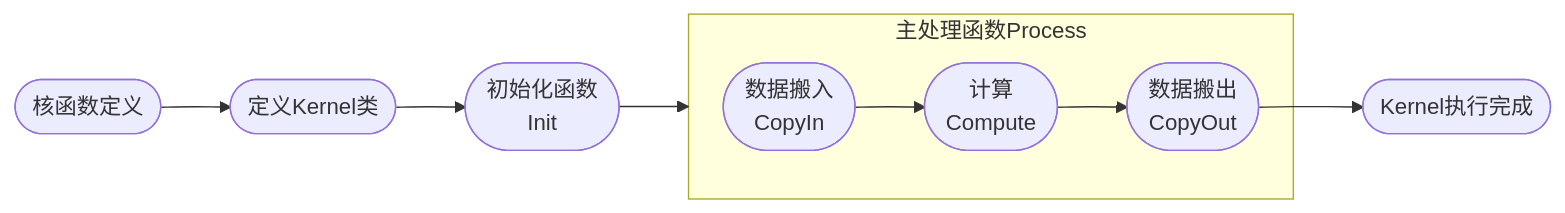
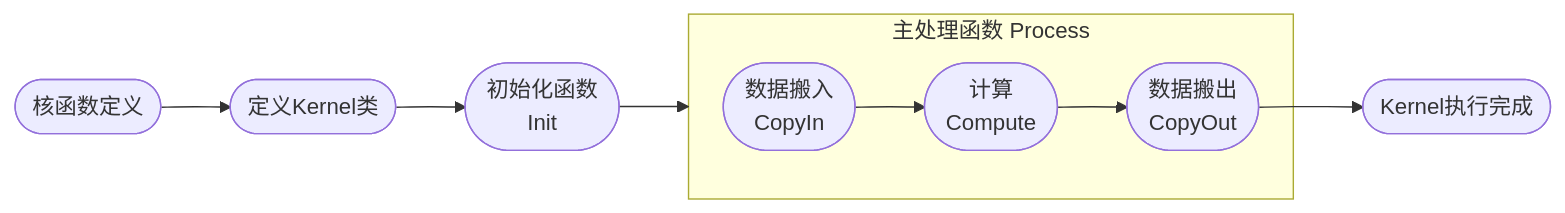
The diagram in docs/zh/develop/aicore_develop_guide.md (ChunnX/ops-transformer), drawn with Mermaid before and after one commit. The commit also changed other lines of this file and 2342 other files, not shown here.

````diff
--- a/docs/zh/develop/aicore_develop_guide.md
+++ b/docs/zh/develop/aicore_develop_guide.md
@@ -263,10 +263,10 @@
 ```mermaid
 graph LR
     H([核函数定义]) -->A([定义Kernel类])
     A -->B([初始化函数<br>Init])
     B -->C([主处理函数<br>Process])
-    subgraph C [主处理函数Process]
+    subgraph C [主处理函数 Process]
         D([数据搬入<br>CopyIn]) -->E([计算<br>Compute]) -->F([数据搬出<br>CopyOut])
     end
     F -->G([Kernel执行完成])
 ```
````
